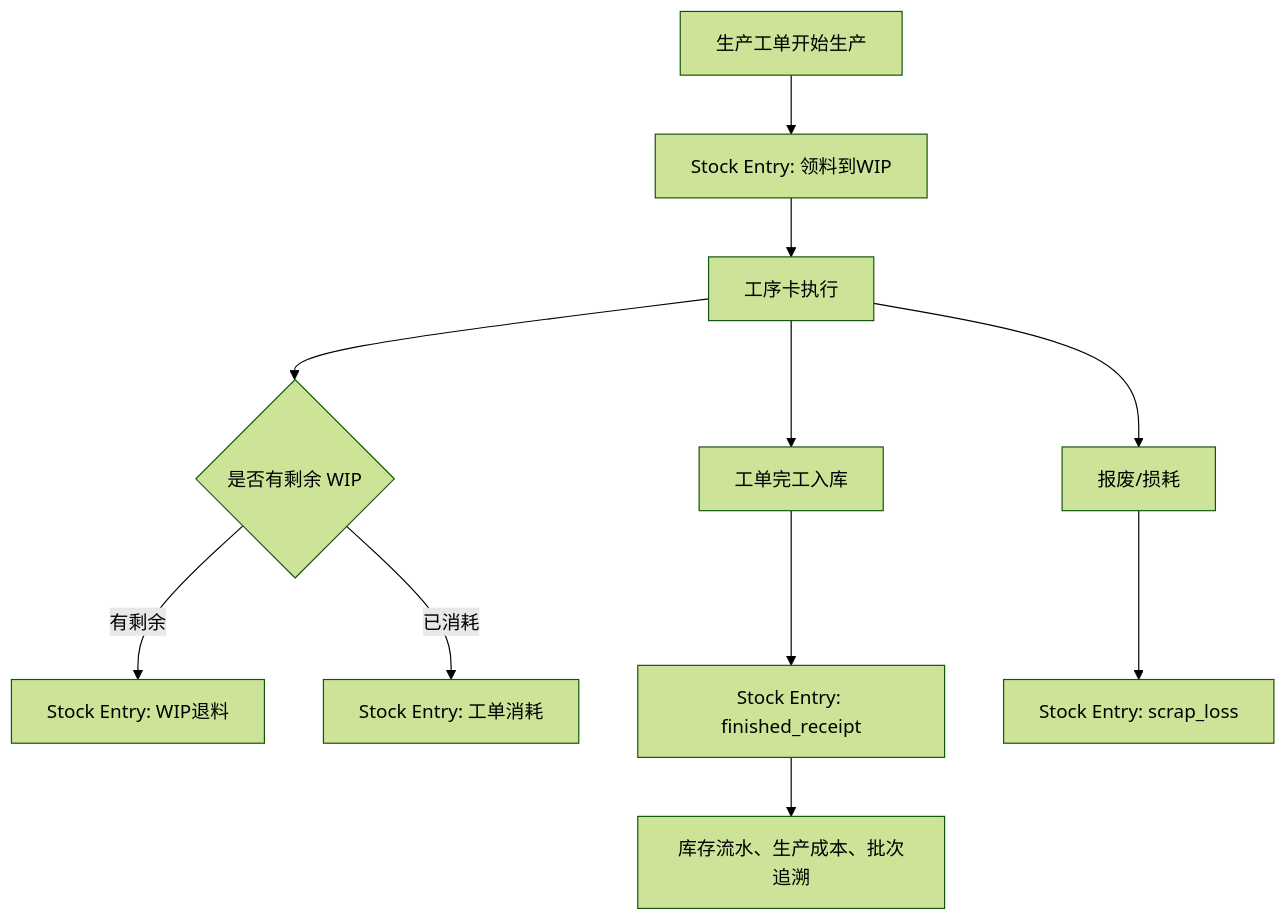
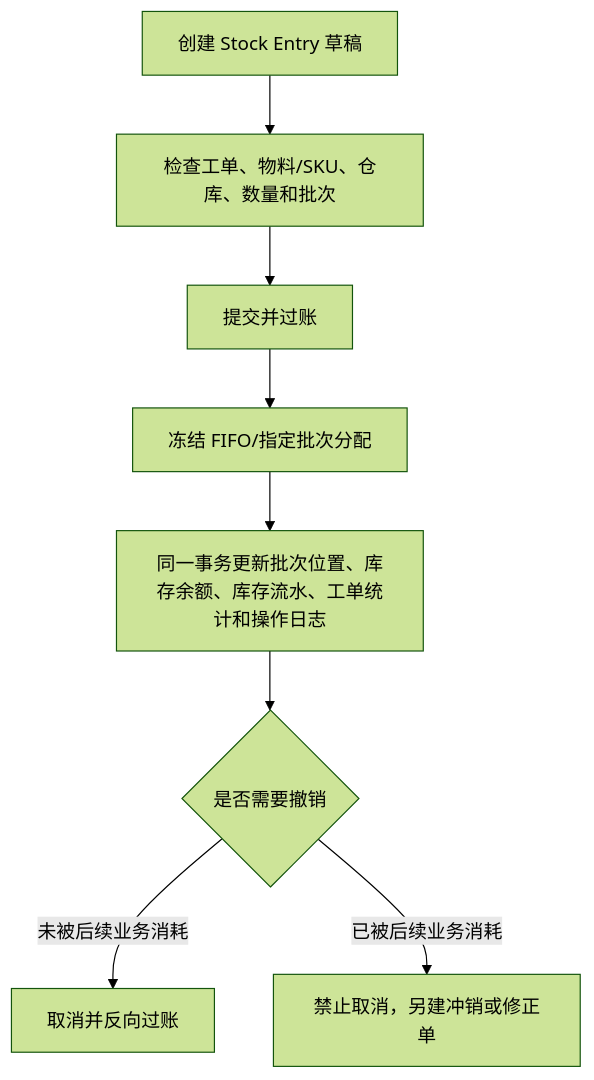
Before and after one commit to Backstage2539/KFerp: the diagram in orderapp-remote/docs/OP_MANUAL_STOCK.md, drawn with Mermaid (forest theme). The commit also changed other lines of this file and 44 other files, not shown here.

Commit message:
feat: converge inventory operations on stock entry

````diff
--- a/orderapp-remote/docs/OP_MANUAL_STOCK.md
+++ b/orderapp-remote/docs/OP_MANUAL_STOCK.md
@@ -17,13 +25,10 @@
 ```mermaid
 flowchart TD
-  A["生产工单开始生产"] --> B["Stock Entry: 领料到WIP"]
-  B --> C["工序卡执行"]
-  C --> D{"是否有剩余 WIP"}
-  D -->|有剩余| E["Stock Entry: WIP退料"]
-  D -->|已消耗| F["Stock Entry: 工单消耗"]
-  C --> G["工单完工入库"]
-  G --> H["Stock Entry: finished_receipt"]
-  C --> I["报废/损耗"]
-  I --> J["Stock Entry: scrap_loss"]
-  H --> K["库存流水、生产成本、批次追溯"]
+  A["创建 Stock Entry 草稿"] --> B["检查工单、物料/SKU、仓库、数量和批次"]
+  B --> C["提交并过账"]
+  C --> D["冻结 FIFO/指定批次分配"]
+  D --> E["同一事务更新批次位置、库存余额、库存流水、工单统计和操作日志"]
+  E --> F{"是否需要撤销"}
+  F -->|未被后续业务消耗| G["取消并反向过账"]
+  F -->|已被后续业务消耗| H["禁止取消，另建冲销或修正单"]
 ```
````
